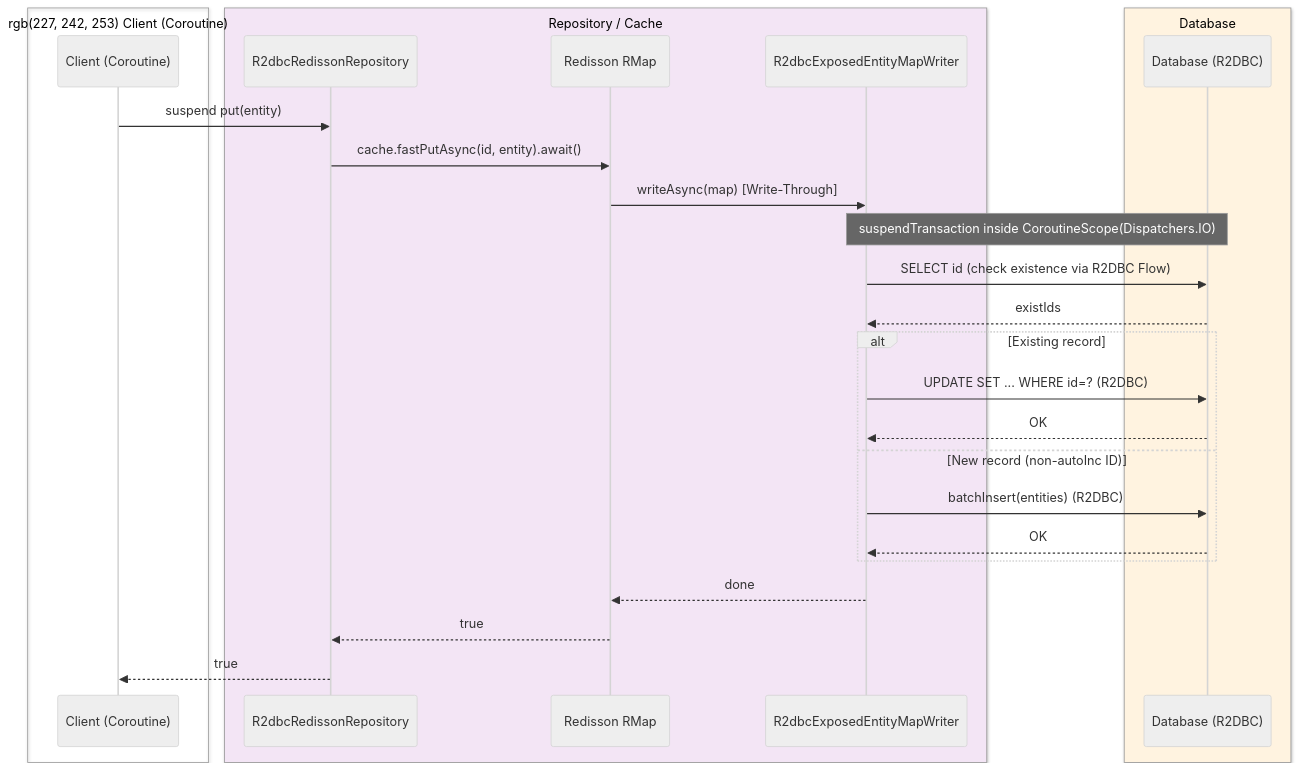
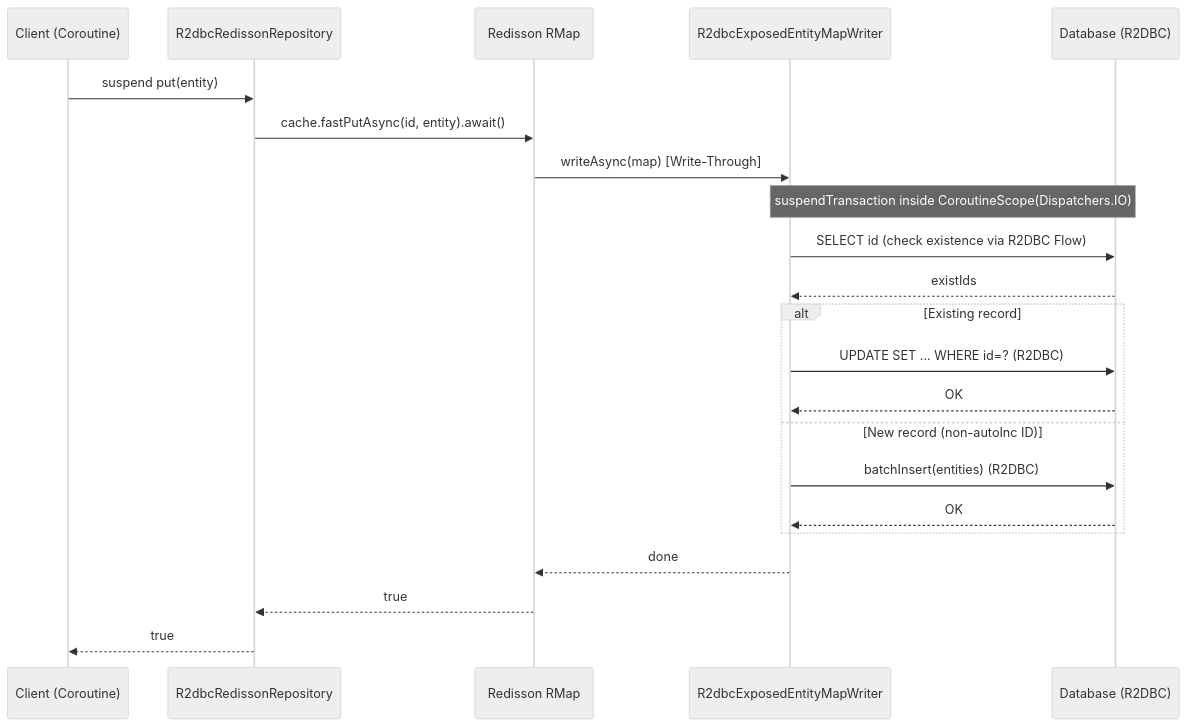
Before and after one commit to bluetape4k/bluetape4k-projects: the fourth of 5 diagrams in data/exposed-r2dbc-redisson/README.md, drawn with Mermaid (neutral theme). The commit also changed other lines of this file and 219 other files, not shown here.

First line of the commit message:
docs: 전체 README Mermaid 다이어그램 가이드 적용

````diff
--- a/data/exposed-r2dbc-redisson/README.md
+++ b/data/exposed-r2dbc-redisson/README.md
@@ -275,31 +269,25 @@
 ```mermaid
 sequenceDiagram
-    box rgb(227, 242, 253) Client (Coroutine)
         participant Client as Client (Coroutine)
-    end
-    box rgb(243, 229, 245) Repository / Cache
         participant Repo as R2dbcRedissonRepository
         participant RMap as Redisson RMap
         participant Writer as R2dbcExposedEntityMapWriter
-    end
-    box rgb(255, 243, 224) Database
         participant DB as Database (R2DBC)
-    end
 
     Client ->> Repo: suspend put(entity)
     Repo ->> RMap: cache.fastPutAsync(id, entity).await()
     RMap ->> Writer: writeAsync(map) [Write-Through]
     Note over Writer, DB: suspendTransaction inside CoroutineScope(Dispatchers.IO)
     Writer ->> DB: SELECT id (check existence via R2DBC Flow)
     DB -->> Writer: existIds
     alt Existing record
         Writer ->> DB: UPDATE SET ... WHERE id=? (R2DBC)
         DB -->> Writer: OK
     else New record (non-autoInc ID)
         Writer ->> DB: batchInsert(entities) (R2DBC)
         DB -->> Writer: OK
     end
     Writer -->> RMap: done
     RMap -->> Repo: true
     Repo -->> Client: true
 ```
````
